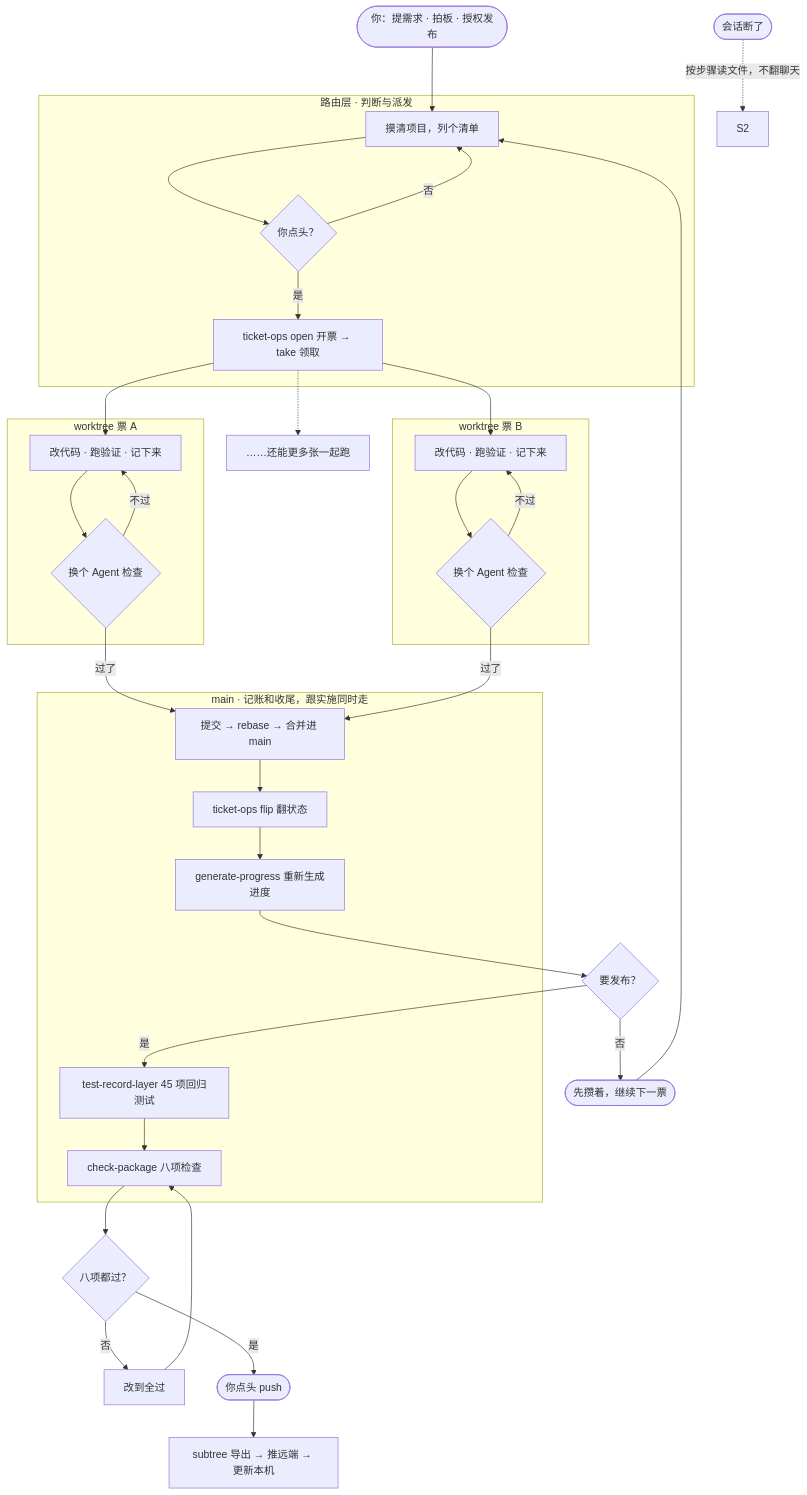
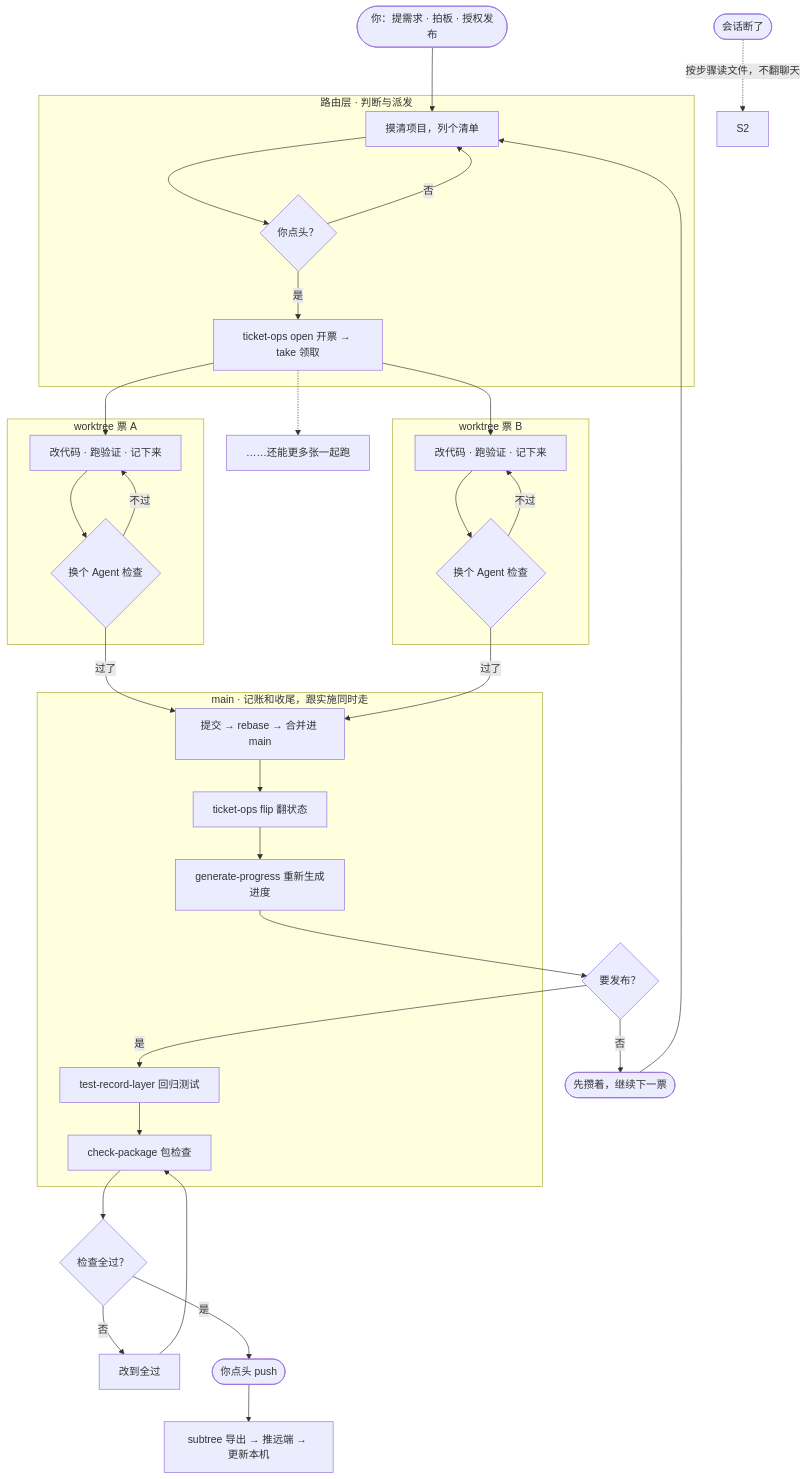
One commit to ynotoony/agent-up changed the diagram in README.md. Above: the diagram before and after it, drawn with Mermaid. The commit also changed other lines of this file and 13 other files, not shown here.

Commit message:
fix(governance): 票 99 包面文档纠错与收敛批——seed 模板改 JSON 票形态/REQ .json 承载、specs 指针与 R-DP-012 状态落点矫正、complexity-profile 补 C0 快道判据、SKILL 车道段收敛指向、四手册 SPEC 降出处注记、zcode 补 §2.4 R-ZC-003 降级路径、去计数 8 处（check-package 19 项＋harness 26 断言 PASS）

````diff
--- a/README.md
+++ b/README.md
@@ -41,41 +41,41 @@
 ```mermaid
 flowchart TD
     U([你：提需求 · 拍板 · 授权发布]) --> A
     X([会话断了]) -. 按步骤读文件，不翻聊天 .-> S2
 
     subgraph S1 [路由层 · 判断与派发]
         A[摸清项目，列个清单] --> B{你点头？}
         B -- 否 --> A
         B -- 是 --> C["ticket-ops open 开票 → take 领取"]
     end
 
     C --> PA
     C --> PB
     C -.-> PC["……还能更多张一起跑"]
 
     subgraph SA [worktree 票 A]
         PA["改代码 · 跑验证 · 记下来"] --> RA{换个 Agent 检查}
         RA -- 不过 --> PA
     end
     subgraph SB [worktree 票 B]
         PB["改代码 · 跑验证 · 记下来"] --> RB{换个 Agent 检查}
         RB -- 不过 --> PB
     end
 
     RA -- 过了 --> G
     RB -- 过了 --> G
 
     subgraph S3 [main · 记账和收尾，跟实施同时走]
         G["提交 → rebase → 合并进 main"] --> H["ticket-ops flip 翻状态"]
         H --> I["generate-progress 重新生成进度"]
-        K["test-record-layer 45 项回归测试"]
-        L["check-package 八项检查"]
+        K["test-record-layer 回归测试"]
+        L["check-package 包检查"]
     end
 
     I --> M{要发布？}
     M -- 否 --> Z([先攒着，继续下一票]) --> A
     M -- 是 --> K
-    K --> L --> N{八项都过？}
+    K --> L --> N{检查全过？}
     N -- 否 --> Q[改到全过] --> L
     N -- 是 --> O([你点头 push]) --> P[subtree 导出 → 推远端 → 更新本机]
 ```
````
